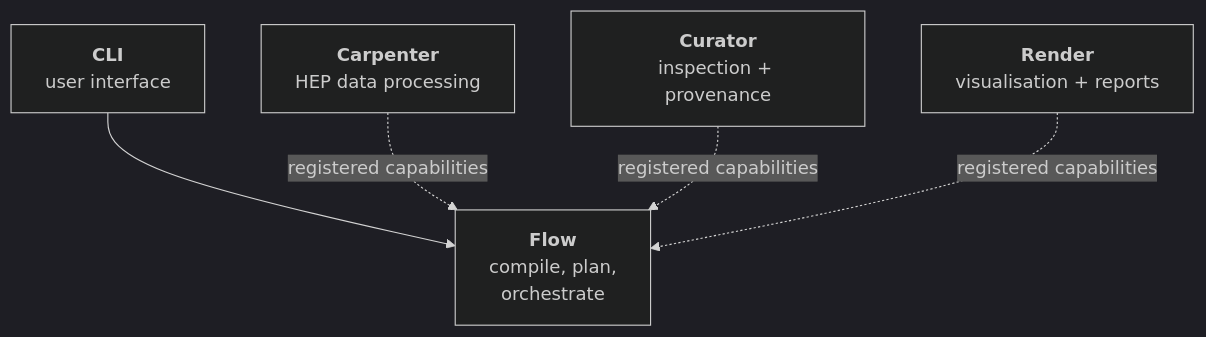
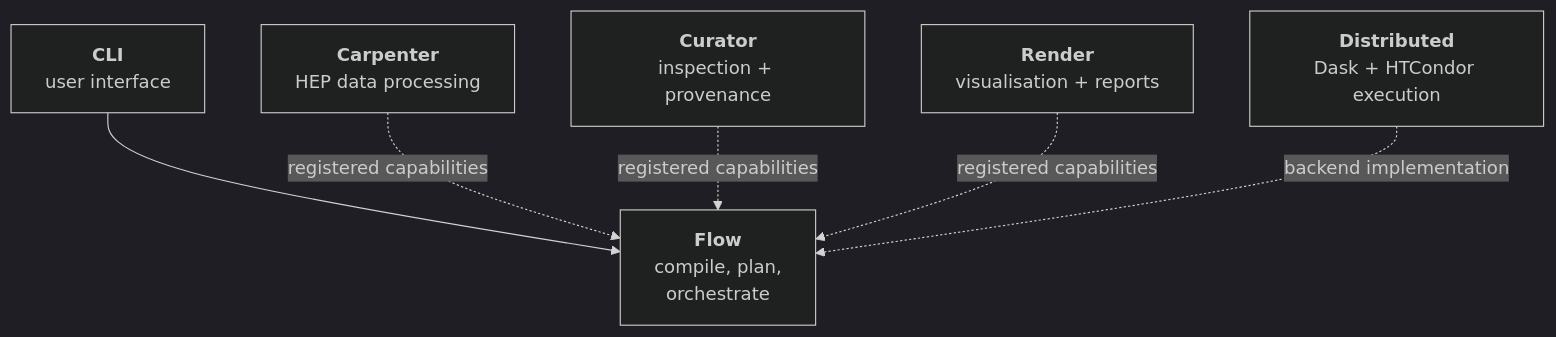
One commit to FAST-HEP/fast-hep.github.io changed the diagram in content/packages/_index.md. Above: the diagram before and after it, drawn with Mermaid (dark theme). The commit also changed other lines of this file and 5 other files, not shown here.

````diff
--- a/content/packages/_index.md
+++ b/content/packages/_index.md
@@ -17,16 +17,18 @@
 ```mermaid
 flowchart TD
     CLI["<b>CLI</b><br/>user interface"]:::input
 
     Flow["<b>Flow</b><br/>compile, plan,<br/>orchestrate"]:::flow
 
     Carpenter["<b>Carpenter</b><br/>HEP data processing"]:::capability
     Curator["<b>Curator</b><br/>inspection + provenance"]:::capability
     Render["<b>Render</b><br/>visualisation + reports"]:::capability
+    Distributed["<b>Distributed</b><br/>Dask + HTCondor execution"]:::capability
 
     CLI --> Flow
 
     Carpenter -.->|"registered capabilities"| Flow
     Curator -.->|"registered capabilities"| Flow
     Render -.->|"registered capabilities"| Flow
+    Distributed -.->|"backend implementation"| Flow
 ```
````
